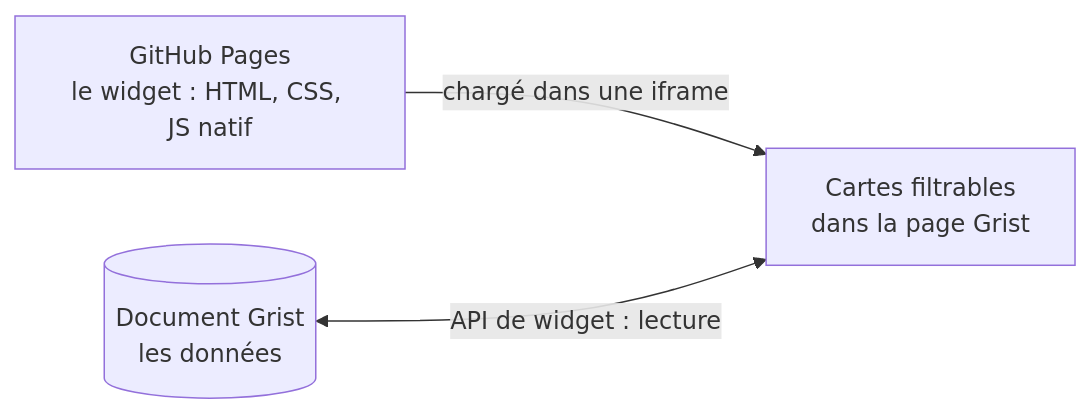
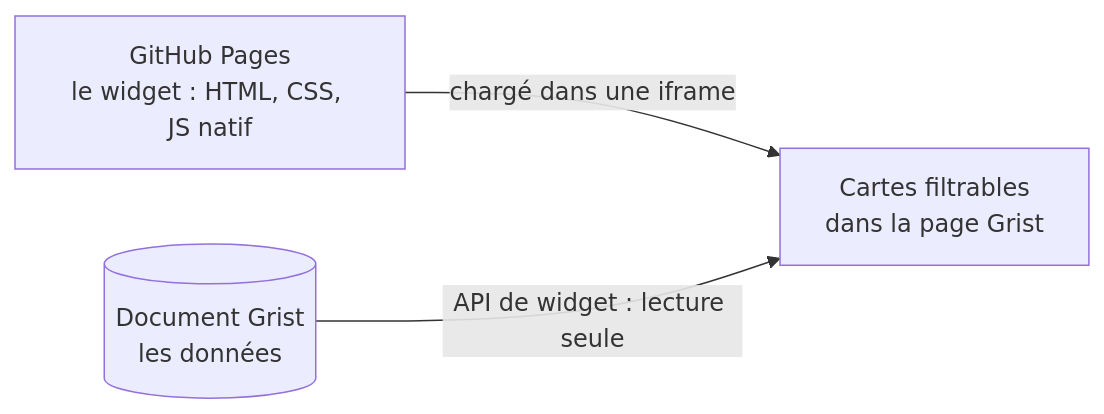
Before and after one commit to lombre33/Annuaire_PUI_Bordeaux: the diagram in README.md, drawn with Mermaid. The commit also changed other lines of this file and 5 other files, not shown here.

````diff
--- a/README.md
+++ b/README.md
@@ -79,8 +79,8 @@
 ```mermaid
 flowchart LR
     grist[("Document Grist<br/>les données")]
     pages["GitHub Pages<br/>le widget : HTML, CSS, JS natif"]
     cards["Cartes filtrables<br/>dans la page Grist"]
     pages -->|"chargé dans une iframe"| cards
-    grist <-->|"API de widget : lecture"| cards
+    grist -->|"API de widget : lecture seule"| cards
 ```
````
